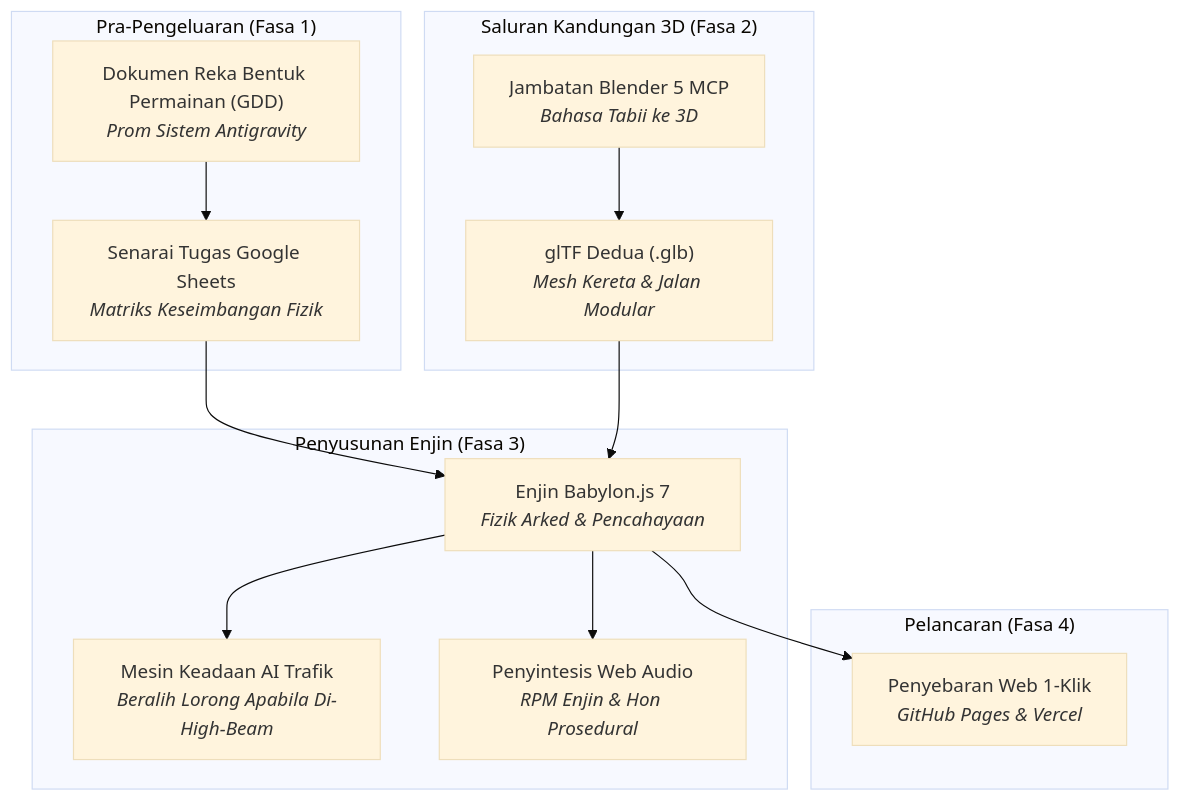
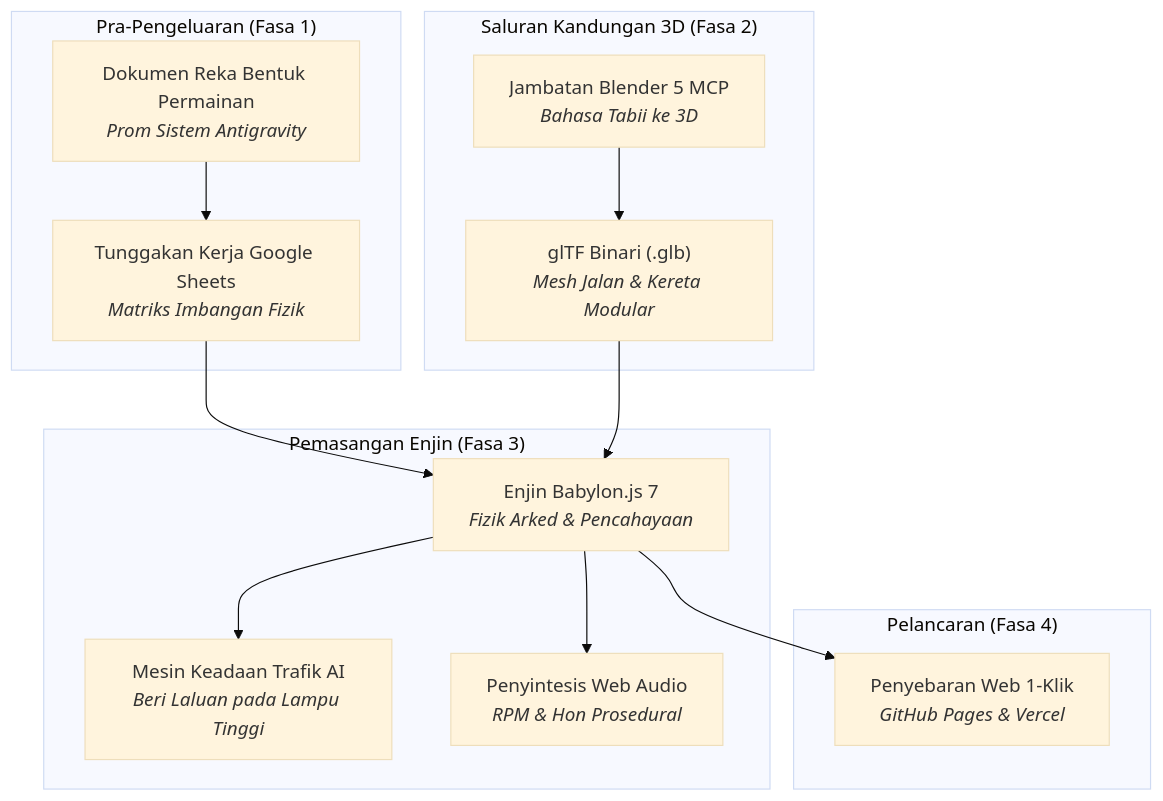
One commit to C-Fu/krackeddevs-ai-for-gaming changed the diagram in README.ms-MY.md. Above: the diagram before and after it, drawn with Mermaid (base theme). The commit also changed other lines of this file and 42 other files, not shown here.

````diff
--- a/README.ms-MY.md
+++ b/README.ms-MY.md
@@ -164,30 +241,30 @@
 ```mermaid
 flowchart TD
     subgraph "Pra-Pengeluaran (Fasa 1)"
-        GDD["Dokumen Reka Bentuk Permainan (GDD)<br/><i>Prom Sistem Antigravity</i>"]
-        Sheets["Senarai Tugas Google Sheets<br/><i>Matriks Keseimbangan Fizik</i>"]
+        GDD["Dokumen Reka Bentuk Permainan<br/><i>Prom Sistem Antigravity</i>"]
+        Sheets["Tunggakan Kerja Google Sheets<br/><i>Matriks Imbangan Fizik</i>"]
     end
 
     subgraph "Saluran Kandungan 3D (Fasa 2)"
         MCP["Jambatan Blender 5 MCP<br/><i>Bahasa Tabii ke 3D</i>"]
-        GLB["glTF Dedua (.glb)<br/><i>Mesh Kereta & Jalan Modular</i>"]
+        GLB["glTF Binari (.glb)<br/><i>Mesh Jalan & Kereta Modular</i>"]
     end
 
-    subgraph "Penyusunan Enjin (Fasa 3)"
+    subgraph "Pemasangan Enjin (Fasa 3)"
         Babylon["Enjin Babylon.js 7<br/><i>Fizik Arked & Pencahayaan</i>"]
-        TrafficAI["Mesin Keadaan AI Trafik<br/><i>Beralih Lorong Apabila Di-High-Beam</i>"]
-        WebAudio["Penyintesis Web Audio<br/><i>RPM Enjin & Hon Prosedural</i>"]
+        TrafficAI["Mesin Keadaan Trafik AI<br/><i>Beri Laluan pada Lampu Tinggi</i>"]
+        WebAudio["Penyintesis Web Audio<br/><i>RPM & Hon Prosedural</i>"]
     end
 
     subgraph "Pelancaran (Fasa 4)"
         Deploy["Penyebaran Web 1-Klik<br/><i>GitHub Pages & Vercel</i>"]
     end
 
     GDD --> Sheets
     Sheets --> Babylon
     MCP --> GLB
     GLB --> Babylon
     Babylon --> TrafficAI
     Babylon --> WebAudio
     Babylon --> Deploy
 ```
````
